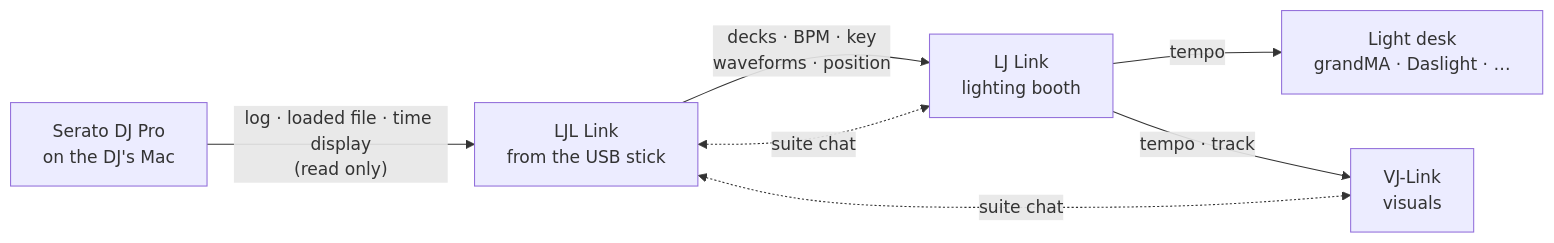
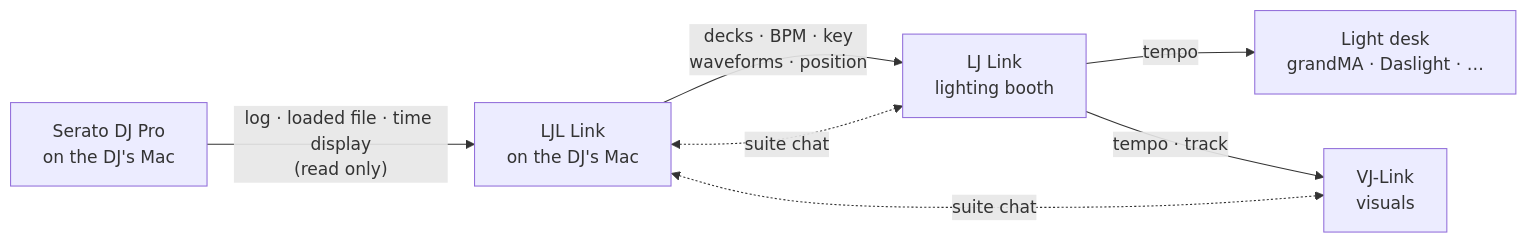
Before and after one commit to skyplayser/LJL-Link: the diagram in README.md, drawn with Mermaid. The commit also changed other lines of this file and 18 other files, not shown here.

First line of the commit message:
LJL Link 0.4.0: finds the booth by itself, approval without club.json

````diff
--- a/README.md
+++ b/README.md
@@ -136,9 +136,9 @@
 ```mermaid
 flowchart LR
-  S["Serato DJ Pro<br/>on the DJ's Mac"] -->|"log · loaded file · time display<br/>(read only)"| L["LJL Link<br/>from the USB stick"]
+  S["Serato DJ Pro<br/>on the DJ's Mac"] -->|"log · loaded file · time display<br/>(read only)"| L["LJL Link<br/>on the DJ's Mac"]
   L -->|"decks · BPM · key<br/>waveforms · position"| J["LJ Link<br/>lighting booth"]
   J -->|tempo| D["Light desk<br/>grandMA · Daslight · …"]
   J -->|"tempo · track"| V["VJ-Link<br/>visuals"]
   L <-.->|suite chat| J
   L <-.->|suite chat| V
 ```
````
